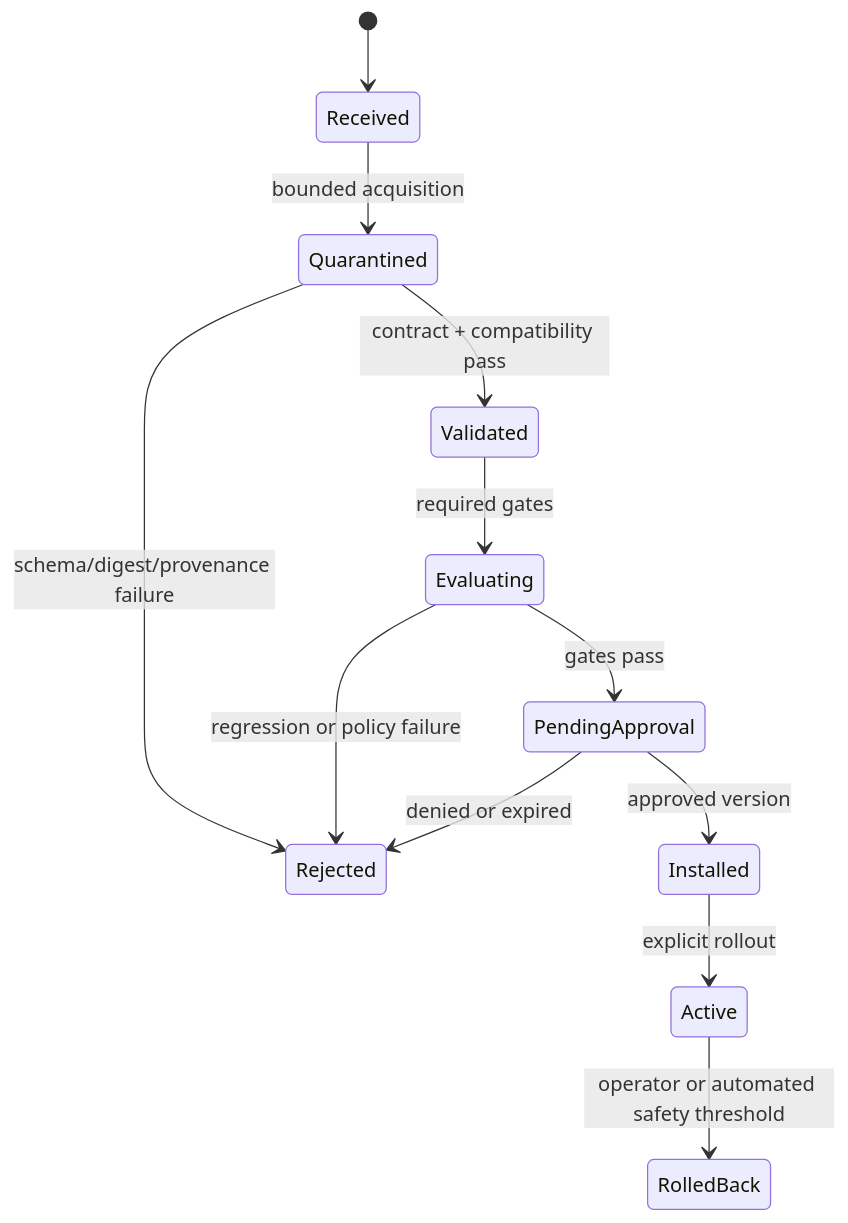
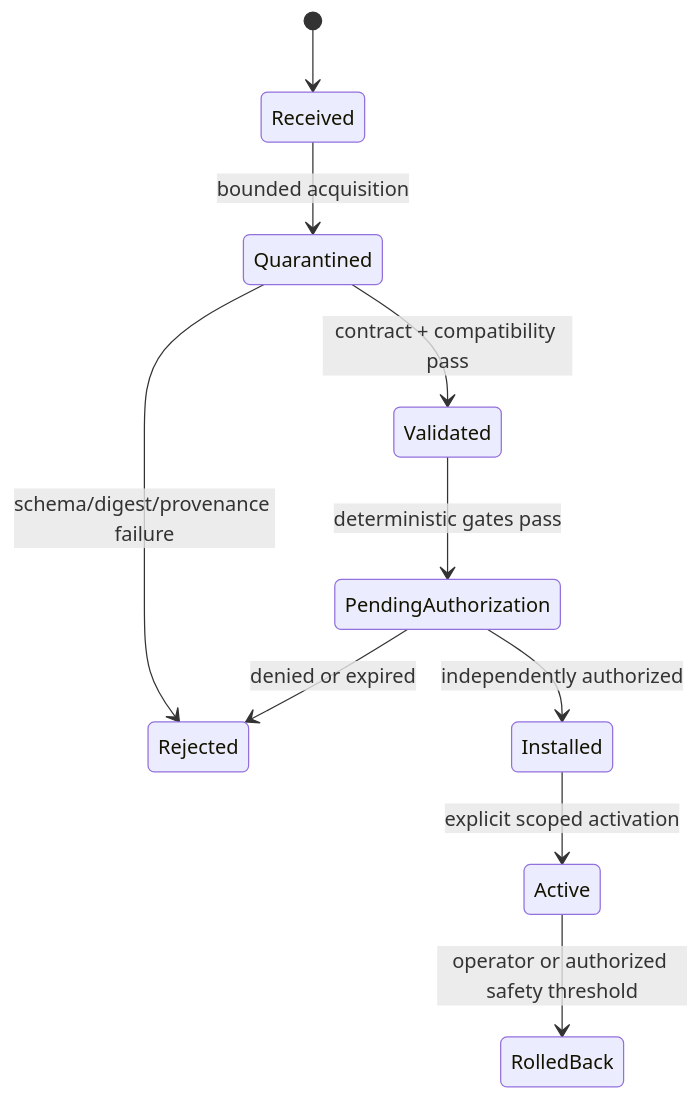
One commit to lamenting-hawthorn/governed-agent-harness changed the second of 2 diagrams in docs/EVALUATION_AND_LEARNING.md. Above: the diagram before and after it, drawn with Mermaid. The commit also changed other lines of this file and 4 other files, not shown here.

````diff
--- a/docs/EVALUATION_AND_LEARNING.md
+++ b/docs/EVALUATION_AND_LEARNING.md
@@ -154,14 +105,12 @@
 ```mermaid
 stateDiagram-v2
   [*] --> Received
   Received --> Quarantined: bounded acquisition
   Quarantined --> Rejected: schema/digest/provenance failure
   Quarantined --> Validated: contract + compatibility pass
-  Validated --> Evaluating: required gates
-  Evaluating --> Rejected: regression or policy failure
-  Evaluating --> PendingApproval: gates pass
-  PendingApproval --> Rejected: denied or expired
-  PendingApproval --> Installed: approved version
-  Installed --> Active: explicit rollout
-  Active --> RolledBack: operator or automated safety threshold
+  Validated --> PendingAuthorization: deterministic gates pass
+  PendingAuthorization --> Rejected: denied or expired
+  PendingAuthorization --> Installed: independently authorized
+  Installed --> Active: explicit scoped activation
+  Active --> RolledBack: operator or authorized safety threshold
 ```
````
